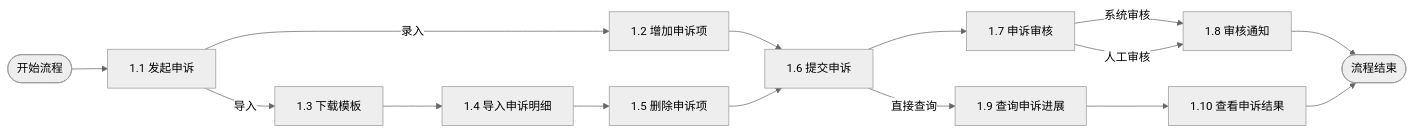
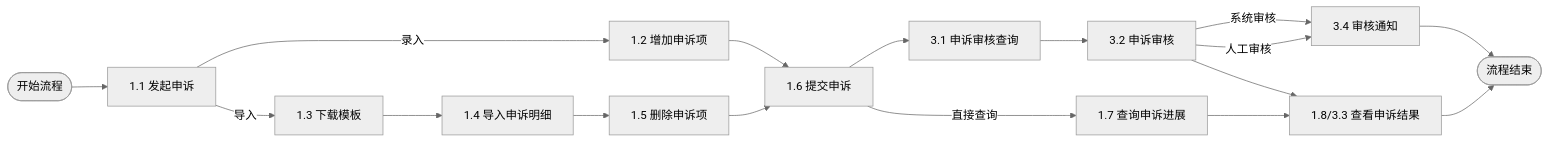
The first of 20 diagrams in docs/design/申诉详设.md (oleewen/ai-master), drawn with Mermaid (neutral theme) before and after one commit. The commit also changed other lines of this file and 1 other file, not shown here.

````diff
--- a/docs/design/申诉详设.md
+++ b/docs/design/申诉详设.md
@@ -16,17 +20,19 @@
 ```mermaid
 flowchart LR
     Start([开始流程]) --> A1[1.1 发起申诉]
     A1 -- 录入 --> A2[1.2 增加申诉项]
     A1 -- 导入 --> A3[1.3 下载模板]
     A3 --> A4[1.4 导入申诉明细]
     A4 --> A5[1.5 删除申诉项]
     A2 --> A6[1.6 提交申诉]
     A5 --> A6
-    A6 --> A7[1.7 申诉审核]
-    A6 -- 直接查询 --> A9[1.9 查询申诉进展]
-    A7 -- 系统审核 --> A8[1.8 审核通知]
+    A6 --> A11[3.1 申诉审核查询]
+    A11 --> A7[3.2 申诉审核]
+    A6 -- 直接查询 --> A9[1.7 查询申诉进展]
+    A7 -- 系统审核 --> A8[3.4 审核通知]
     A7 -- 人工审核 --> A8
     A8 --> End([流程结束])
-    A9 --> A10[1.10 查看申诉结果]
+    A9 --> A10[1.8/3.3 查看申诉结果]
+    A7-->A10
     A10 --> End
 ```
````
